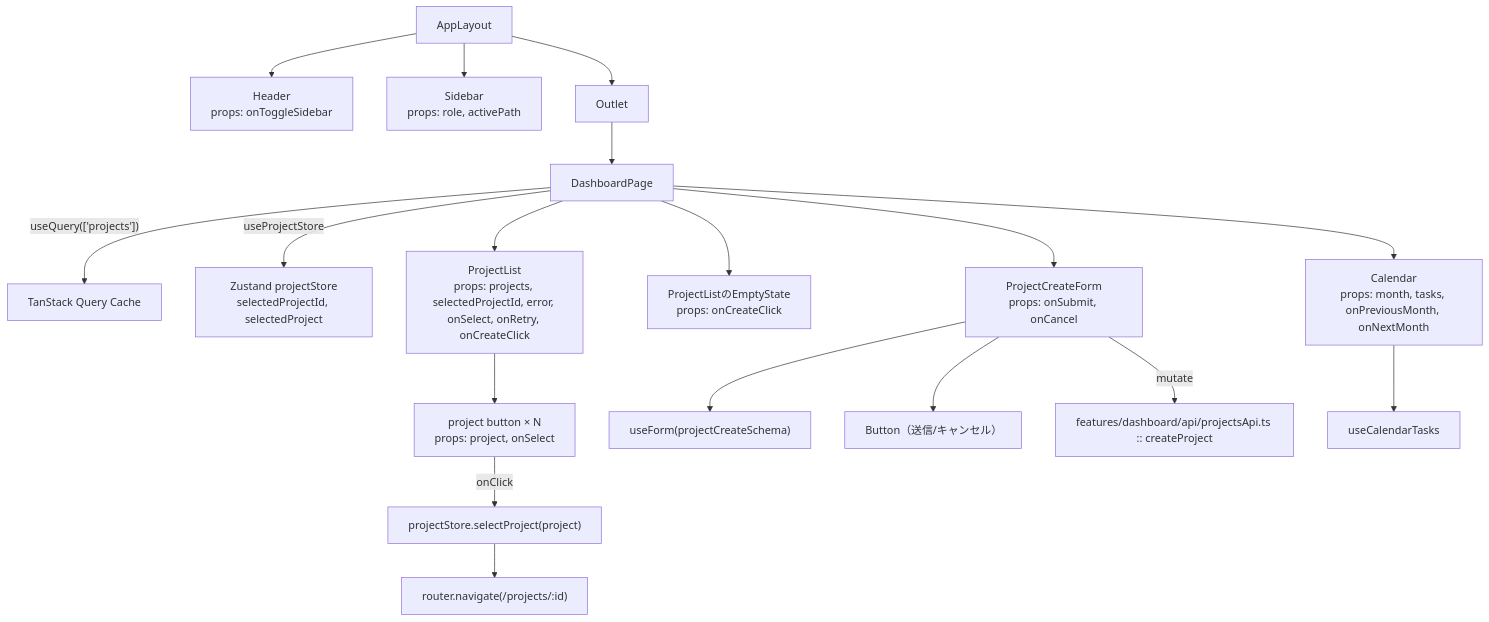
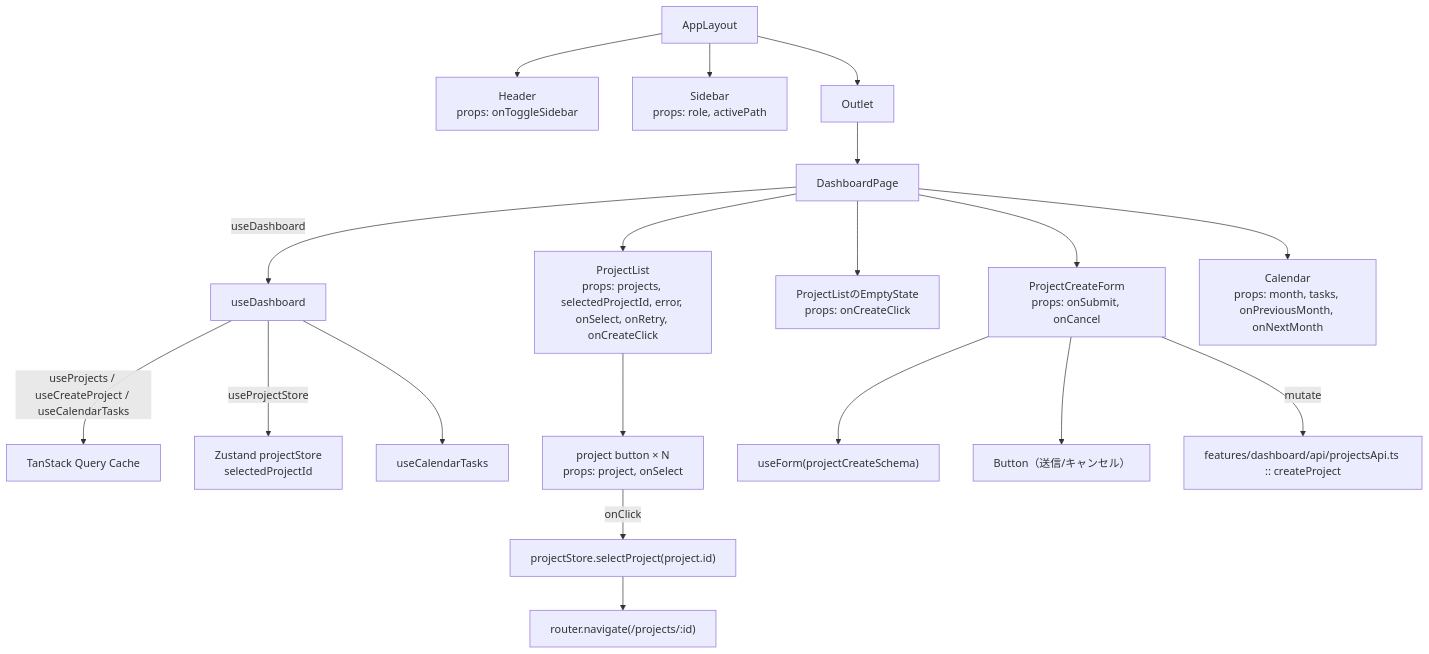
One commit to oikawa-d/task_management changed the fourth of 5 diagrams in docs/detailed_design/screen/06_dashboard.md. Above: the diagram before and after it, drawn with Mermaid. The commit also changed other lines of this file and 11 other files, not shown here.

````diff
--- a/docs/detailed_design/screen/06_dashboard.md
+++ b/docs/detailed_design/screen/06_dashboard.md
@@ -220,22 +222,23 @@
 ```mermaid
 flowchart TB
     APL["AppLayout"] --> HD["Header<br/>props: onToggleSidebar"]
     APL --> SB["Sidebar<br/>props: role, activePath"]
     APL --> OUT["Outlet"]
     OUT --> DP["DashboardPage"]
 
-    DP -->|"useQuery(['projects'])"| Q["TanStack Query Cache"]
-    DP -->|"useProjectStore"| PS["Zustand projectStore<br/>selectedProjectId, selectedProject"]
+    DP -->|"useDashboard"| DS["useDashboard"]
+    DS -->|"useProjects / useCreateProject / useCalendarTasks"| Q["TanStack Query Cache"]
+    DS -->|"useProjectStore"| PS["Zustand projectStore<br/>selectedProjectId"]
     DP --> PCL["ProjectList<br/>props: projects, selectedProjectId, error, onSelect, onRetry, onCreateClick"]
     PCL --> PC["project button × N<br/>props: project, onSelect"]
     DP --> EMP["ProjectListのEmptyState<br/>props: onCreateClick"]
     DP --> PCM["ProjectCreateForm<br/>props: onSubmit, onCancel"]
     PCM --> RHF["useForm(projectCreateSchema)"]
     DP --> CAL["Calendar<br/>props: month, tasks, onPreviousMonth, onNextMonth"]
-    CAL --> CT["useCalendarTasks"]
+    DS --> CT["useCalendarTasks"]
     PCM --> BTN["Button（送信/キャンセル）"]
 
-    PC -->|"onClick"| SEL["projectStore.selectProject(project)"]
+    PC -->|"onClick"| SEL["projectStore.selectProject(project.id)"]
     SEL --> NAV["router.navigate(/projects/:id)"]
     PCM -->|"mutate"| EP["features/dashboard/api/projectsApi.ts :: createProject"]
 ```
````
